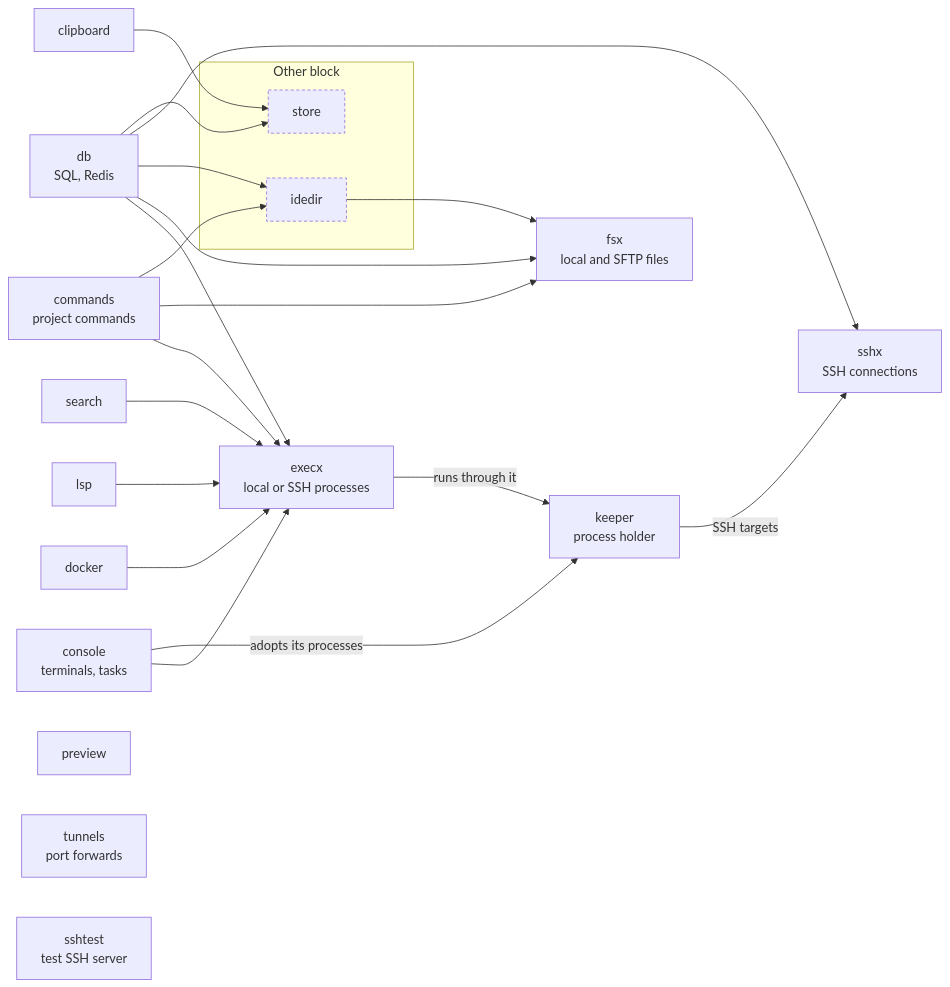
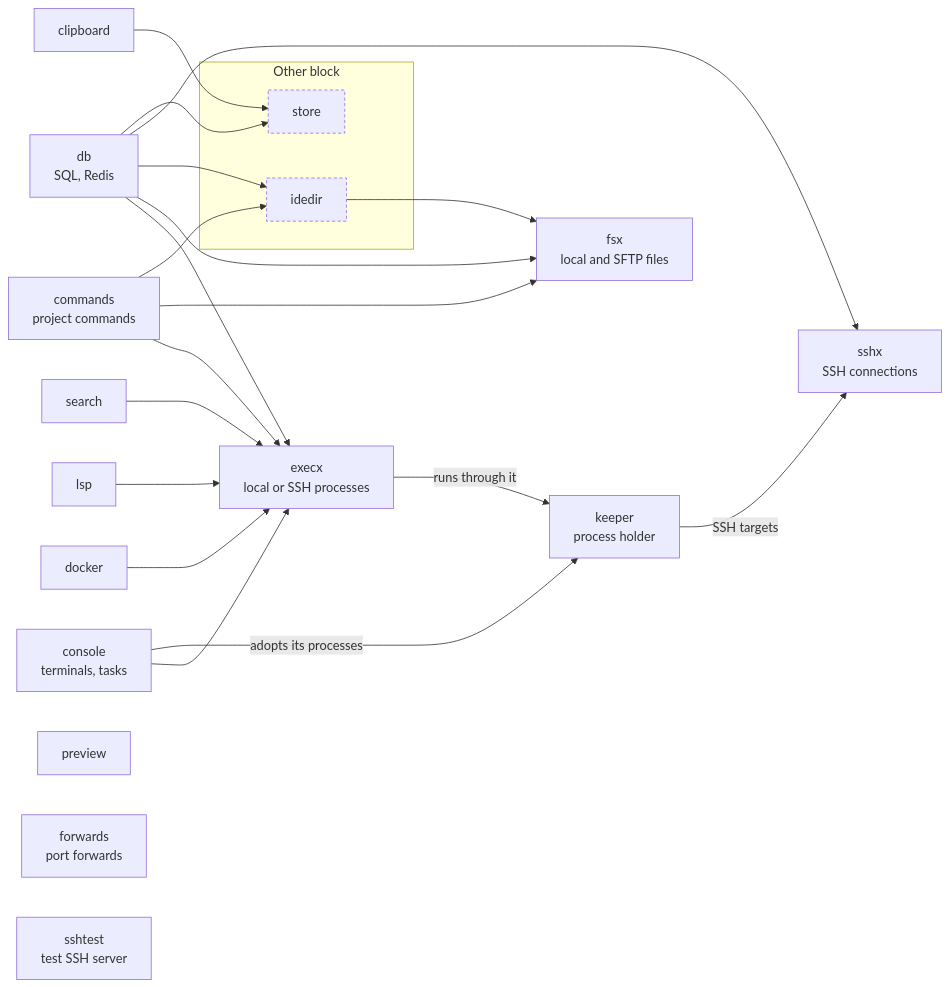
Before and after one commit to DrSmithFr/web-ide: the second of 5 diagrams in pod/internal/README.md, drawn with Mermaid. The commit also changed other lines of this file and 66 other files, not shown here.

First line of the commit message:
#96 Naming: port forwards, access token, members

````diff
--- a/pod/internal/README.md
+++ b/pod/internal/README.md
@@ -88,40 +88,40 @@
 ```mermaid
 flowchart LR
   subgraph g_Otherblock["Other block"]
     store["store"]
     idedir["idedir"]
   end
   console["console<br/>terminals, tasks"]
   keeper["keeper<br/>process holder"]
   execx["execx<br/>local or SSH processes"]
   sshx["sshx<br/>SSH connections"]
   fsx["fsx<br/>local and SFTP files"]
   db["db<br/>SQL, Redis"]
   docker["docker"]
   lsp["lsp"]
   search["search"]
   commands["commands<br/>project commands"]
   clipboard["clipboard"]
   preview["preview"]
-  tunnels["tunnels<br/>port forwards"]
+  forwards["forwards<br/>port forwards"]
   sshtest["sshtest<br/>test SSH server"]
   console --> execx
   console -->|"adopts its processes"| keeper
   keeper -->|"SSH targets"| sshx
   execx -->|"runs through it"| keeper
   db --> execx
   db --> fsx
   db --> idedir
   db --> sshx
   db --> store
   docker --> execx
   lsp --> execx
   search --> execx
   commands --> execx
   commands --> fsx
   commands --> idedir
   clipboard --> store
   idedir --> fsx
   classDef other stroke-dasharray: 4 3
   class store,idedir other
 ```
````
